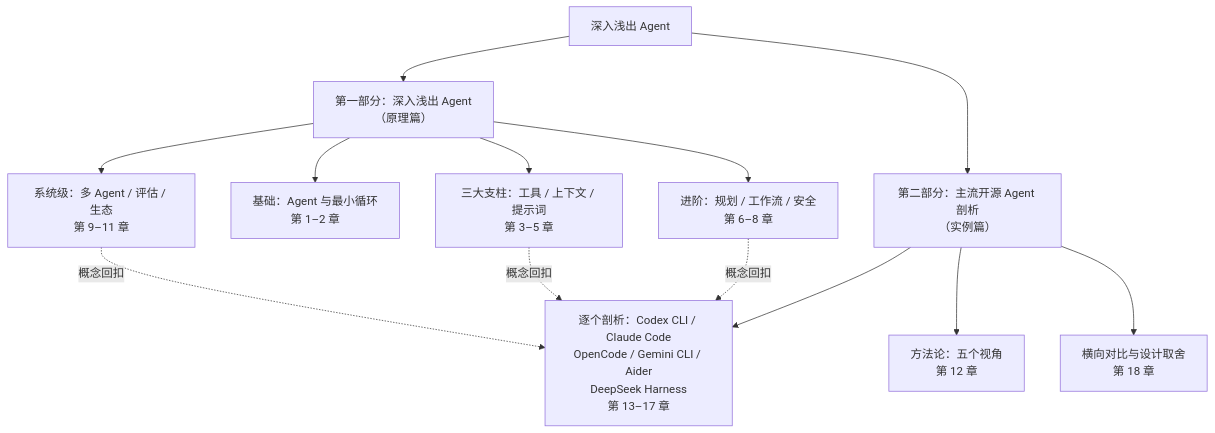
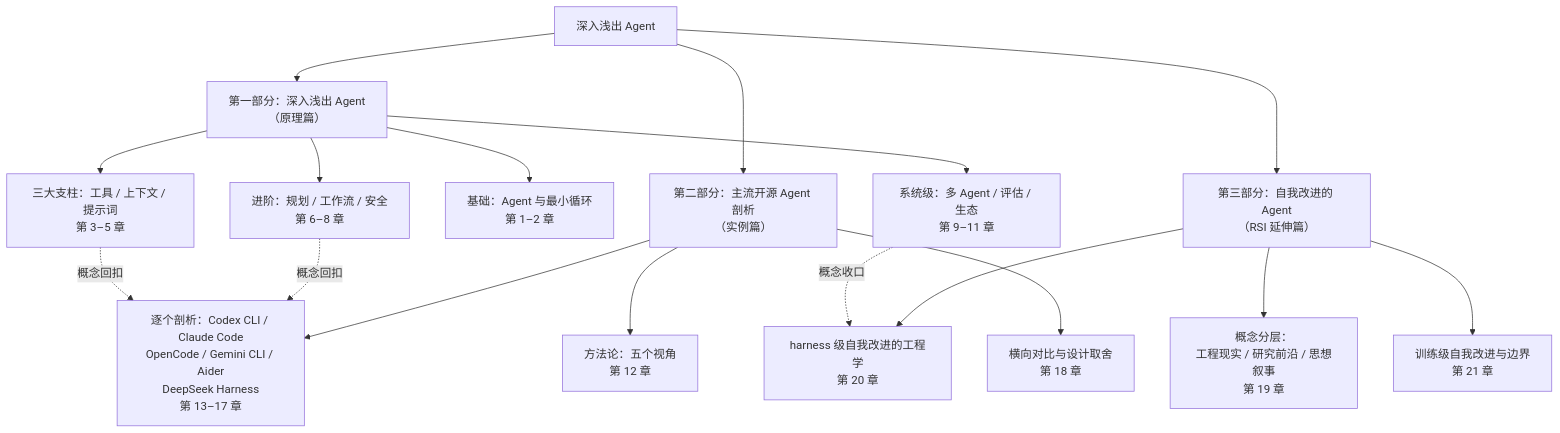
Before and after one commit to chongyi/deep-dive-agents: the diagram in src/README.md, drawn with Mermaid. The commit also changed other lines of this file and 9 other files, not shown here.

Commit message:
第三部分：自我改进的 Agent（RSI）——第 19–21 章：概念分层 / harness 级工程学 / 训练级与边界，含全书结语；SUMMARY/术语表/附录联动

````diff
--- a/src/README.md
+++ b/src/README.md
@@ -20,23 +20,30 @@
 ```mermaid
 flowchart TB
     book["深入浅出 Agent"]
 
     p1["第一部分：深入浅出 Agent<br/>（原理篇）"]
     p2["第二部分：主流开源 Agent 剖析<br/>（实例篇）"]
 
     book --> p1
     book --> p2
+    book --> p3
 
     p1 --> a["基础：Agent 与最小循环<br/>第 1–2 章"]
     p1 --> b["三大支柱：工具 / 上下文 / 提示词<br/>第 3–5 章"]
     p1 --> c["进阶：规划 / 工作流 / 安全<br/>第 6–8 章"]
     p1 --> d["系统级：多 Agent / 评估 / 生态<br/>第 9–11 章"]
 
     p2 --> e["方法论：五个视角<br/>第 12 章"]
     p2 --> f["逐个剖析：Codex CLI / Claude Code<br/>OpenCode / Gemini CLI / Aider<br/>DeepSeek Harness<br/>第 13–17 章"]
     p2 --> g["横向对比与设计取舍<br/>第 18 章"]
 
+    p3["第三部分：自我改进的 Agent<br/>（RSI 延伸篇）"]
+
+    p3 --> h["概念分层：<br/>工程现实 / 研究前沿 / 思想叙事<br/>第 19 章"]
+    p3 --> i["harness 级自我改进的工程学<br/>第 20 章"]
+    p3 --> j["训练级自我改进与边界<br/>第 21 章"]
+
     c -.概念回扣.-> f
     b -.概念回扣.-> f
-    d -.概念回扣.-> f
+    d -.概念收口.-> i
 ```
````
